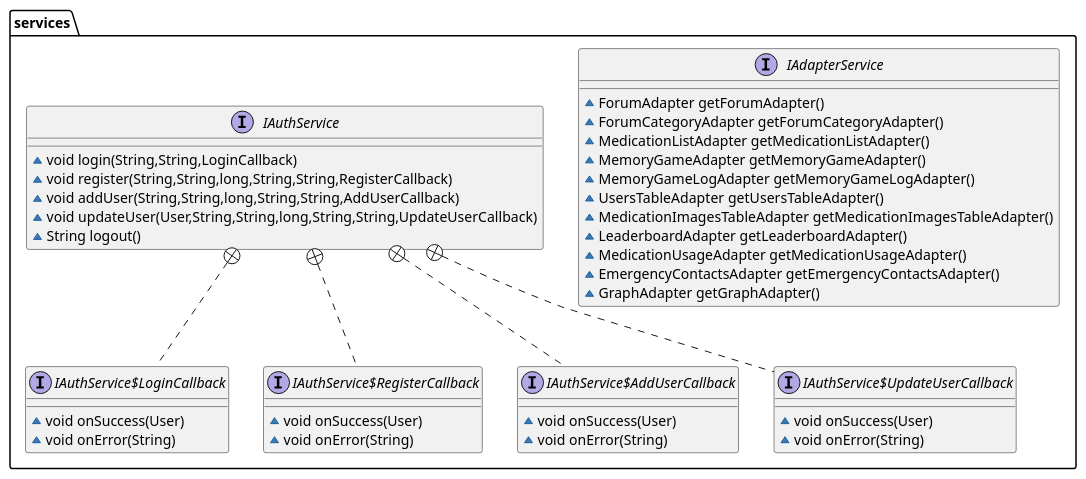
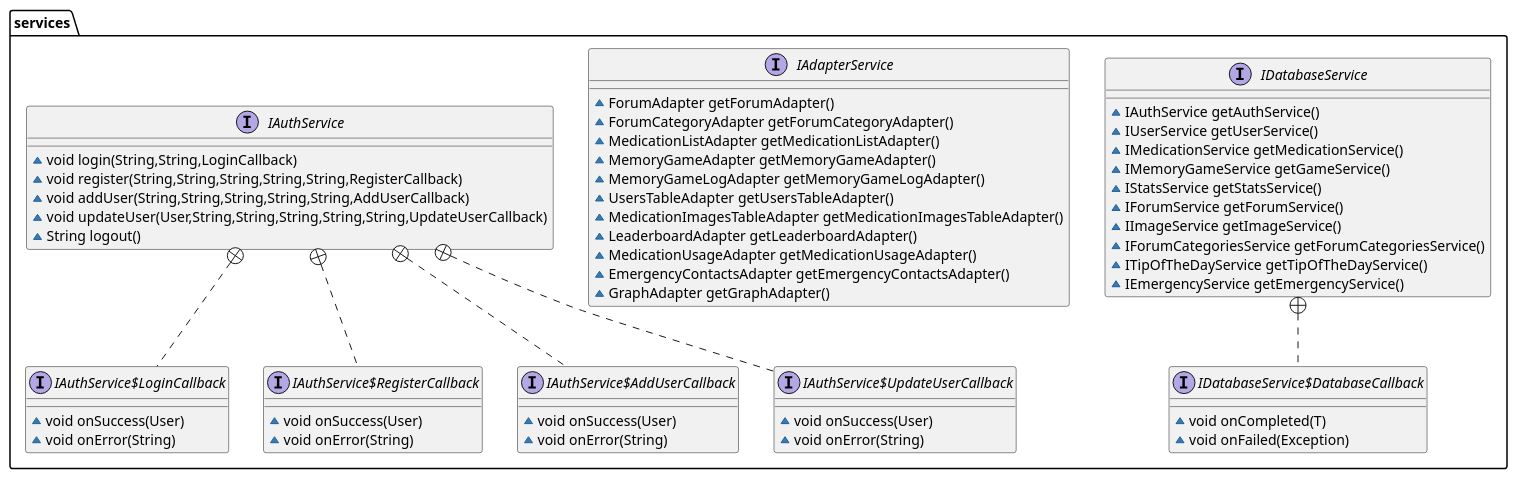
The diagram in umls/services1.puml (sagiv23/ShvilHazhav), drawn with PlantUML before and after one commit. The commit also changed 11 other files, not shown here.

```diff
--- a/umls/services1.puml
+++ b/umls/services1.puml
@@ -1,50 +1,69 @@
 @startuml
+interface services.IDatabaseService {
+~ IAuthService getAuthService()
+~ IUserService getUserService()
+~ IMedicationService getMedicationService()
+~ IMemoryGameService getGameService()
+~ IStatsService getStatsService()
+~ IForumService getForumService()
+~ IImageService getImageService()
+~ IForumCategoriesService getForumCategoriesService()
+~ ITipOfTheDayService getTipOfTheDayService()
+~ IEmergencyService getEmergencyService()
+}
+
+interface services.IDatabaseService$DatabaseCallback {
+~ void onCompleted(T)
+~ void onFailed(Exception)
+}
+
 interface services.IAdapterService {
 ~ ForumAdapter getForumAdapter()
 ~ ForumCategoryAdapter getForumCategoryAdapter()
 ~ MedicationListAdapter getMedicationListAdapter()
 ~ MemoryGameAdapter getMemoryGameAdapter()
 ~ MemoryGameLogAdapter getMemoryGameLogAdapter()
 ~ UsersTableAdapter getUsersTableAdapter()
 ~ MedicationImagesTableAdapter getMedicationImagesTableAdapter()
 ~ LeaderboardAdapter getLeaderboardAdapter()
 ~ MedicationUsageAdapter getMedicationUsageAdapter()
 ~ EmergencyContactsAdapter getEmergencyContactsAdapter()
 ~ GraphAdapter getGraphAdapter()
 }
 
 interface services.IAuthService {
 ~ void login(String,String,LoginCallback)
-~ void register(String,String,long,String,String,RegisterCallback)
-~ void addUser(String,String,long,String,String,AddUserCallback)
-~ void updateUser(User,String,String,long,String,String,UpdateUserCallback)
+~ void register(String,String,String,String,String,RegisterCallback)
+~ void addUser(String,String,String,String,String,AddUserCallback)
+~ void updateUser(User,String,String,String,String,String,UpdateUserCallback)
 ~ String logout()
 }
 
 interface services.IAuthService$LoginCallback {
 ~ void onSuccess(User)
 ~ void onError(String)
 }
 
 interface services.IAuthService$RegisterCallback {
 ~ void onSuccess(User)
 ~ void onError(String)
 }
 
 interface services.IAuthService$AddUserCallback {
 ~ void onSuccess(User)
 ~ void onError(String)
 }
 
 interface services.IAuthService$UpdateUserCallback {
 ~ void onSuccess(User)
 ~ void onError(String)
 }
 
 
 
+services.IDatabaseService +.. services.IDatabaseService$DatabaseCallback
 services.IAuthService +.. services.IAuthService$LoginCallback
 services.IAuthService +.. services.IAuthService$RegisterCallback
 services.IAuthService +.. services.IAuthService$AddUserCallback
 services.IAuthService +.. services.IAuthService$UpdateUserCallback
 @enduml
```
